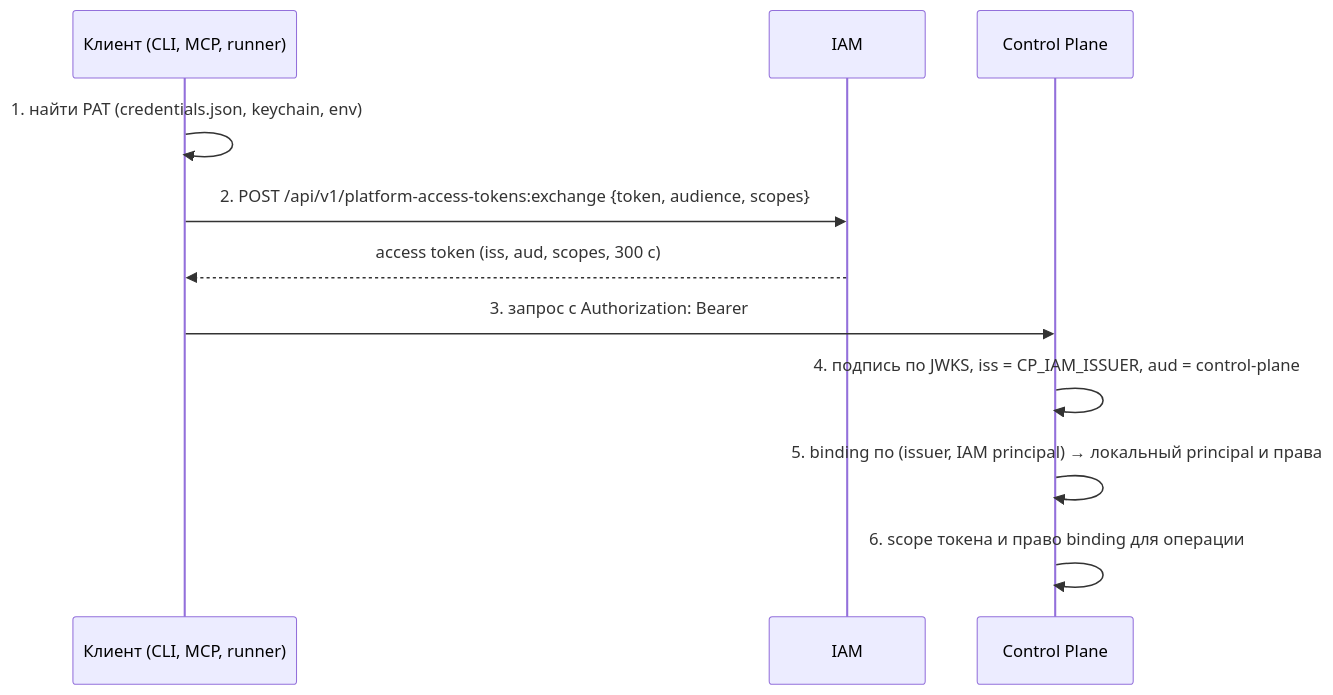
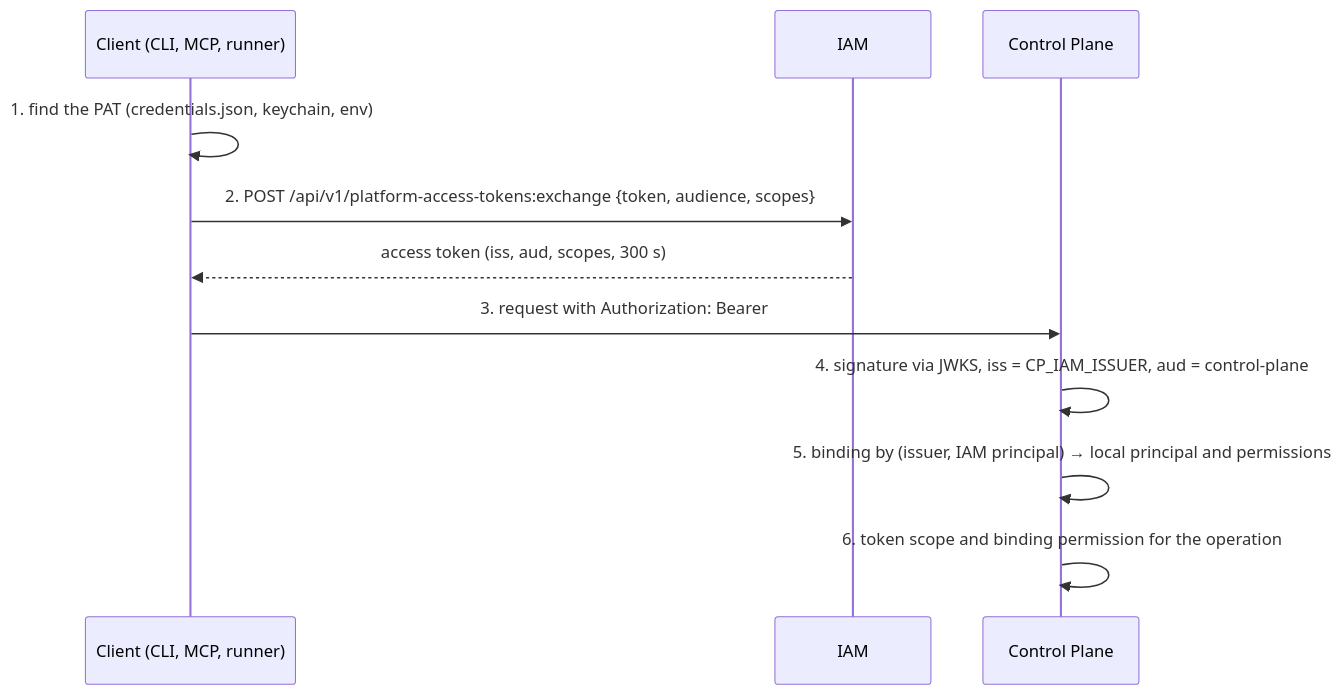
Before and after one commit to monthu56/taimen: the diagram in guide/docs/troubleshooting/auth.md, drawn with Mermaid. The commit also changed other lines of this file and 183 other files, not shown here.

````diff
--- a/guide/docs/troubleshooting/auth.md
+++ b/guide/docs/troubleshooting/auth.md
@@ -10,13 +11,13 @@
 ```mermaid
 sequenceDiagram
-    participant C as Клиент (CLI, MCP, runner)
+    participant C as Client (CLI, MCP, runner)
     participant I as IAM
     participant CP as Control Plane
-    C->>C: 1. найти PAT (credentials.json, keychain, env)
+    C->>C: 1. find the PAT (credentials.json, keychain, env)
     C->>I: 2. POST /api/v1/platform-access-tokens:exchange {token, audience, scopes}
-    I-->>C: access token (iss, aud, scopes, 300 с)
-    C->>CP: 3. запрос с Authorization: Bearer
-    CP->>CP: 4. подпись по JWKS, iss = CP_IAM_ISSUER, aud = control-plane
-    CP->>CP: 5. binding по (issuer, IAM principal) → локальный principal и права
-    CP->>CP: 6. scope токена и право binding для операции
+    I-->>C: access token (iss, aud, scopes, 300 s)
+    C->>CP: 3. request with Authorization: Bearer
+    CP->>CP: 4. signature via JWKS, iss = CP_IAM_ISSUER, aud = control-plane
+    CP->>CP: 5. binding by (issuer, IAM principal) → local principal and permissions
+    CP->>CP: 6. token scope and binding permission for the operation
 ```
````
